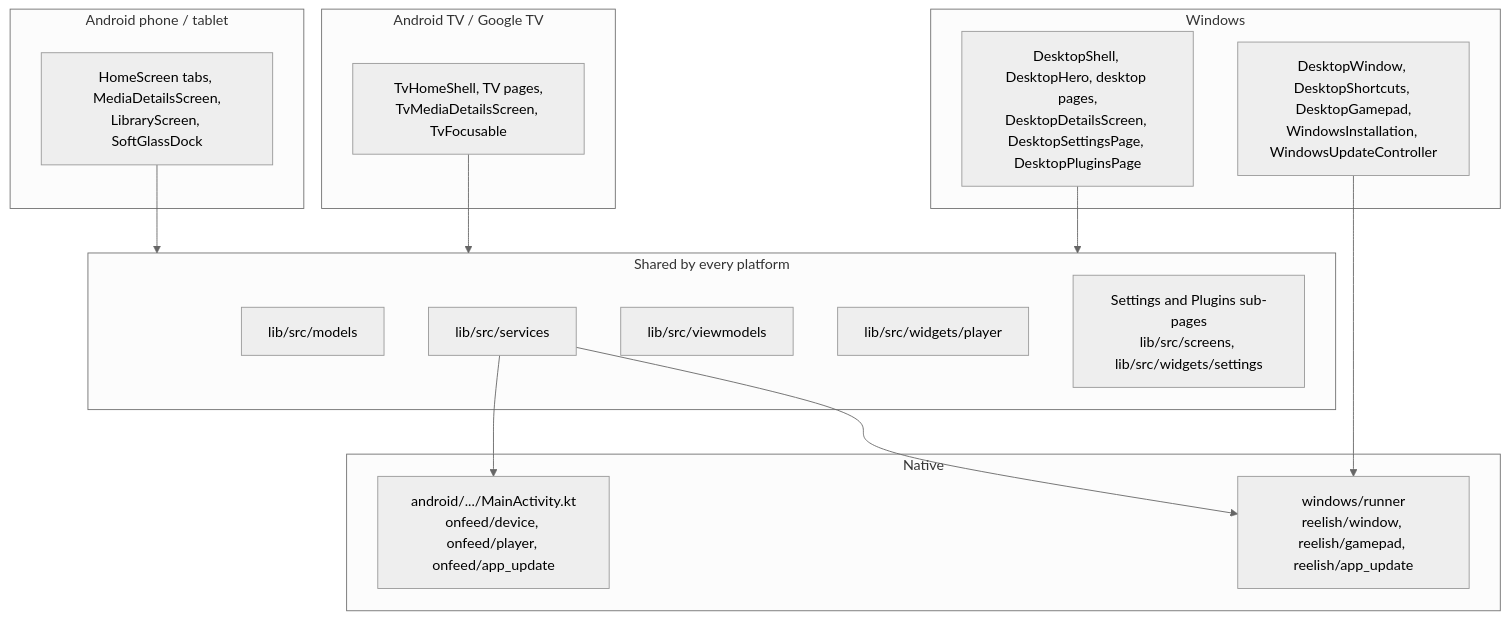
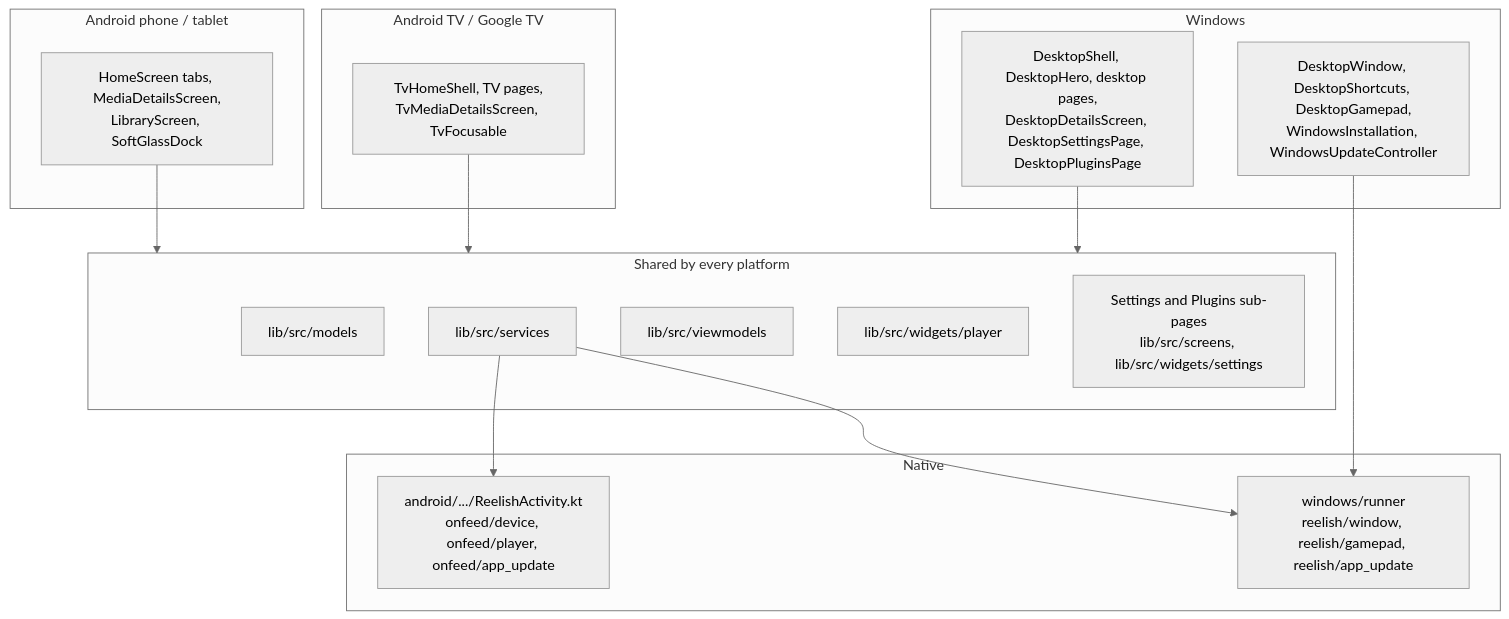
The diagram in docs/architecture/platform-architecture.md (frnzeeey/reelish), drawn with Mermaid (neutral theme) before and after one commit. The commit also changed other lines of this file and 182 other files, not shown here.

````diff
--- a/docs/architecture/platform-architecture.md
+++ b/docs/architecture/platform-architecture.md
@@ -8,30 +8,30 @@
 ```mermaid
 graph TD
   subgraph Shared["Shared by every platform"]
     Models[lib/src/models]
     Services[lib/src/services]
     VMs[lib/src/viewmodels]
     PlayerUI[lib/src/widgets/player]
     Settings["Settings and Plugins sub-pages<br/>lib/src/screens, lib/src/widgets/settings"]
   end
   subgraph Phone["Android phone / tablet"]
     PhoneUI["HomeScreen tabs, MediaDetailsScreen,<br/>LibraryScreen, SoftGlassDock"]
   end
   subgraph TV["Android TV / Google TV"]
     TVUI["TvHomeShell, TV pages,<br/>TvMediaDetailsScreen, TvFocusable"]
   end
   subgraph Win["Windows"]
     WinUI["DesktopShell, DesktopHero, desktop pages,<br/>DesktopDetailsScreen, DesktopSettingsPage, DesktopPluginsPage"]
     WinPlat["DesktopWindow, DesktopShortcuts, DesktopGamepad,<br/>WindowsInstallation, WindowsUpdateController"]
   end
   subgraph Native["Native"]
-    Kotlin["android/.../MainActivity.kt<br/>onfeed/device, onfeed/player, onfeed/app_update"]
+    Kotlin["android/.../ReelishActivity.kt<br/>onfeed/device, onfeed/player, onfeed/app_update"]
     Runner["windows/runner<br/>reelish/window, reelish/gamepad, reelish/app_update"]
   end
   PhoneUI --> Shared
   TVUI --> Shared
   WinUI --> Shared
   WinPlat --> Runner
   Services --> Kotlin
   Services --> Runner
 ```
````
